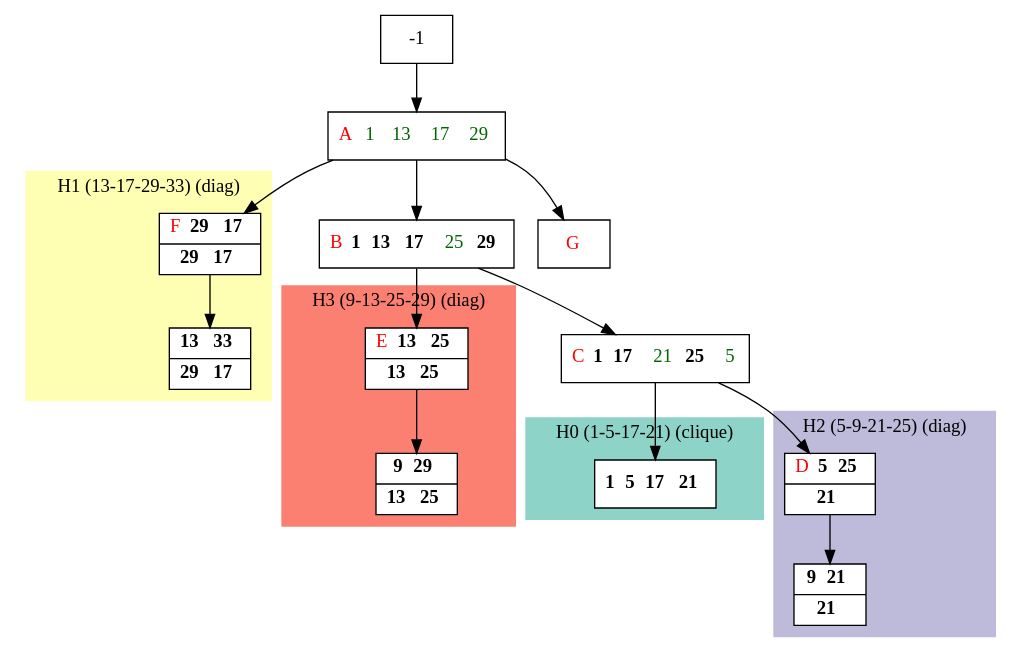
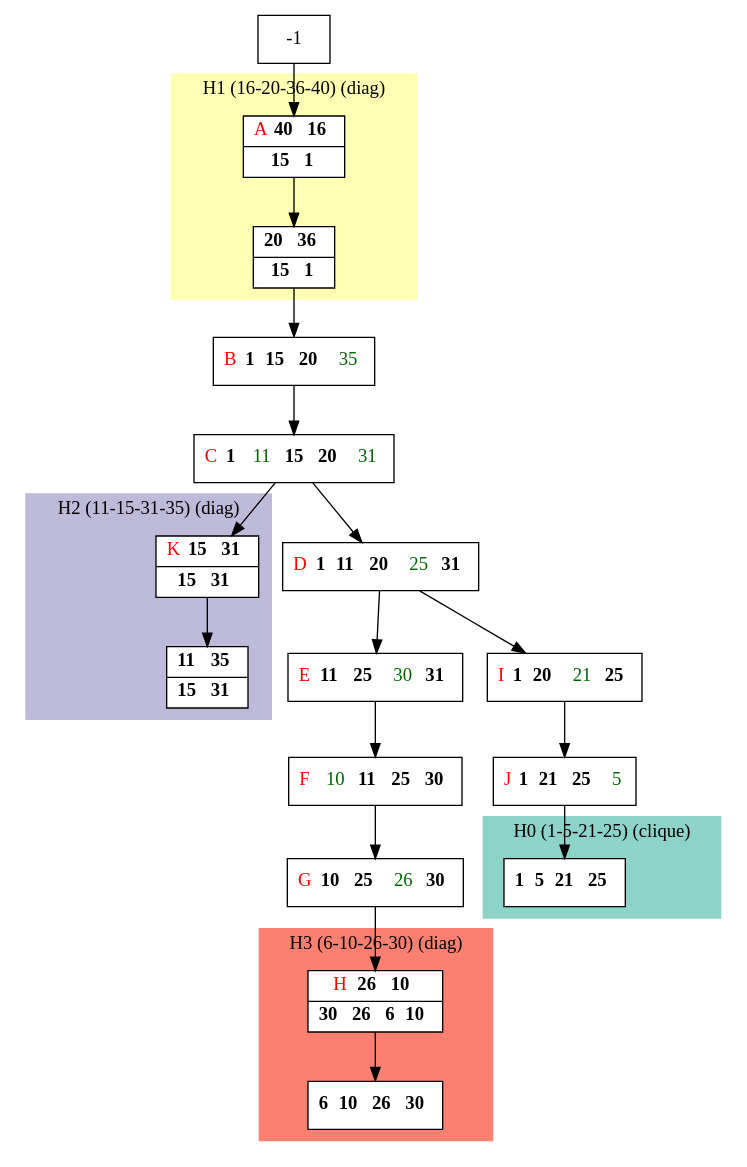
Before and after one commit to bmarchand/auto-dp: the diagram in results/compact_dot_files/compact_K4.dot, drawn with Graphviz. The commit also changed 84 other files, not shown here.

```diff
--- a/results/compact_dot_files/compact_K4.dot
+++ b/results/compact_dot_files/compact_K4.dot
@@ -1,54 +1,62 @@
 digraph G {
     node [shape=box];
     subgraph cluster0 {
         node [style=filled,fillcolor=white];
         labeljust="l";
         style=filled;
         color="#8DD3C7";
         H0_0;
-        label="H0 (1-5-17-21) (clique)";
+        label="H0 (1-5-21-25) (clique)";
     }
     subgraph cluster1 {
         node [style=filled,fillcolor=white];
         labeljust="l";
         style=filled;
         color="#FFFFB3";
-        H1_0 -> H1_5;
-        label="H1 (13-17-29-33) (diag)";
+        H1_0 -> H1_7;
+        label="H1 (16-20-36-40) (diag)";
     }
     subgraph cluster2 {
         node [style=filled,fillcolor=white];
         labeljust="l";
         style=filled;
         color="#BEBADA";
         H2_0 -> H2_5;
-        label="H2 (5-9-21-25) (diag)";
+        label="H2 (11-15-31-35) (diag)";
     }
     subgraph cluster3 {
         node [style=filled,fillcolor=white];
         labeljust="l";
         style=filled;
         color="#FB8072";
         H3_0 -> H3_5;
-        label="H3 (9-13-25-29) (diag)";
+        label="H3 (6-10-26-30) (diag)";
     }
-     21 [shape=record,label= <{  <FONT COLOR="RED">A</FONT>  <FONT COLOR="DARKGREEN">1</FONT>  <FONT COLOR="DARKGREEN">13</FONT>  <FONT COLOR="DARKGREEN">17</FONT>  <FONT COLOR="DARKGREEN">29</FONT>}> ];
-     -1  ->  21;
-     14 [shape=record,label= <{  <FONT COLOR="RED">B</FONT> <b>1</b> <b>13</b> <b>17</b>  <FONT COLOR="DARKGREEN">25</FONT> <b>29</b>}> ];
-     21  ->  14;
-     1 [shape=record,label= <{  <FONT COLOR="RED">C</FONT> <b>1</b> <b>17</b>  <FONT COLOR="DARKGREEN">21</FONT> <b>25</b>  <FONT COLOR="DARKGREEN">5</FONT>}> ];
-     14  ->  1;
-     H0_0 [shape=record,label= <{ <b>1</b> <b>5</b> <b>17</b> <b>21</b>}> ];
-     1  ->  H0_0;
-     H2_0 [shape=record,label= <{  <FONT COLOR="RED">D</FONT> <b>5</b> <b>25</b>|  <b>21</b>}> ];
-     1  ->  H2_0;
-     H2_5 [shape=record,label= <{ <b>9</b> <b>21</b>|  <b>21</b>}> ];
-     H3_0 [shape=record,label= <{  <FONT COLOR="RED">E</FONT> <b>13</b> <b>25</b>|  <b>13</b> <b>25</b>}> ];
-     14  ->  H3_0;
-     H3_5 [shape=record,label= <{ <b>9</b> <b>29</b>|  <b>13</b> <b>25</b>}> ];
-     H1_0 [shape=record,label= <{  <FONT COLOR="RED">F</FONT> <b>29</b> <b>17</b>|  <b>29</b> <b>17</b>}> ];
-     21  ->  H1_0;
-     H1_5 [shape=record,label= <{ <b>13</b> <b>33</b>|  <b>29</b> <b>17</b>}> ];
-     _1 [shape=record,label= <{  <FONT COLOR="RED">G</FONT>}> ];
-     21  ->  _1;
+     H1_0 [shape=record,label= <{  <FONT COLOR="RED">A</FONT> <b>40</b> <b>16</b>|  <b>15</b> <b>1</b>}> ];
+     -1  ->  H1_0;
+     H1_7 [shape=record,label= <{ <b>20</b> <b>36</b>|  <b>15</b> <b>1</b>}> ];
+     26 [shape=record,label= <{  <FONT COLOR="RED">B</FONT> <b>1</b> <b>15</b> <b>20</b>  <FONT COLOR="DARKGREEN">35</FONT>}> ];
+     H1_7  ->  26;
+     19 [shape=record,label= <{  <FONT COLOR="RED">C</FONT> <b>1</b>  <FONT COLOR="DARKGREEN">11</FONT> <b>15</b> <b>20</b>  <FONT COLOR="DARKGREEN">31</FONT>}> ];
+     26  ->  19;
+     1 [shape=record,label= <{  <FONT COLOR="RED">D</FONT> <b>1</b> <b>11</b> <b>20</b>  <FONT COLOR="DARKGREEN">25</FONT> <b>31</b>}> ];
+     19  ->  1;
+     10 [shape=record,label= <{  <FONT COLOR="RED">E</FONT> <b>11</b> <b>25</b>  <FONT COLOR="DARKGREEN">30</FONT> <b>31</b>}> ];
+     1  ->  10;
+     11 [shape=record,label= <{  <FONT COLOR="RED">F</FONT>  <FONT COLOR="DARKGREEN">10</FONT> <b>11</b> <b>25</b> <b>30</b>}> ];
+     10  ->  11;
+     12 [shape=record,label= <{  <FONT COLOR="RED">G</FONT> <b>10</b> <b>25</b>  <FONT COLOR="DARKGREEN">26</FONT> <b>30</b>}> ];
+     11  ->  12;
+     H3_0 [shape=record,label= <{  <FONT COLOR="RED">H</FONT> <b>26</b> <b>10</b>|  <b>30</b> <b>26</b> <b>6</b> <b>10</b>}> ];
+     12  ->  H3_0;
+     H3_5 [shape=record,label= <{ <b>6</b> <b>10</b> <b>26</b> <b>30</b>}> ];
+     4 [shape=record,label= <{  <FONT COLOR="RED">I</FONT> <b>1</b> <b>20</b>  <FONT COLOR="DARKGREEN">21</FONT> <b>25</b>}> ];
+     1  ->  4;
+     5 [shape=record,label= <{  <FONT COLOR="RED">J</FONT> <b>1</b> <b>21</b> <b>25</b>  <FONT COLOR="DARKGREEN">5</FONT>}> ];
+     4  ->  5;
+     H0_0 [shape=record,label= <{ <b>1</b> <b>5</b> <b>21</b> <b>25</b>}> ];
+     5  ->  H0_0;
+     H2_0 [shape=record,label= <{  <FONT COLOR="RED">K</FONT> <b>15</b> <b>31</b>|  <b>15</b> <b>31</b>}> ];
+     19  ->  H2_0;
+     H2_5 [shape=record,label= <{ <b>11</b> <b>35</b>|  <b>15</b> <b>31</b>}> ];
 }
```
